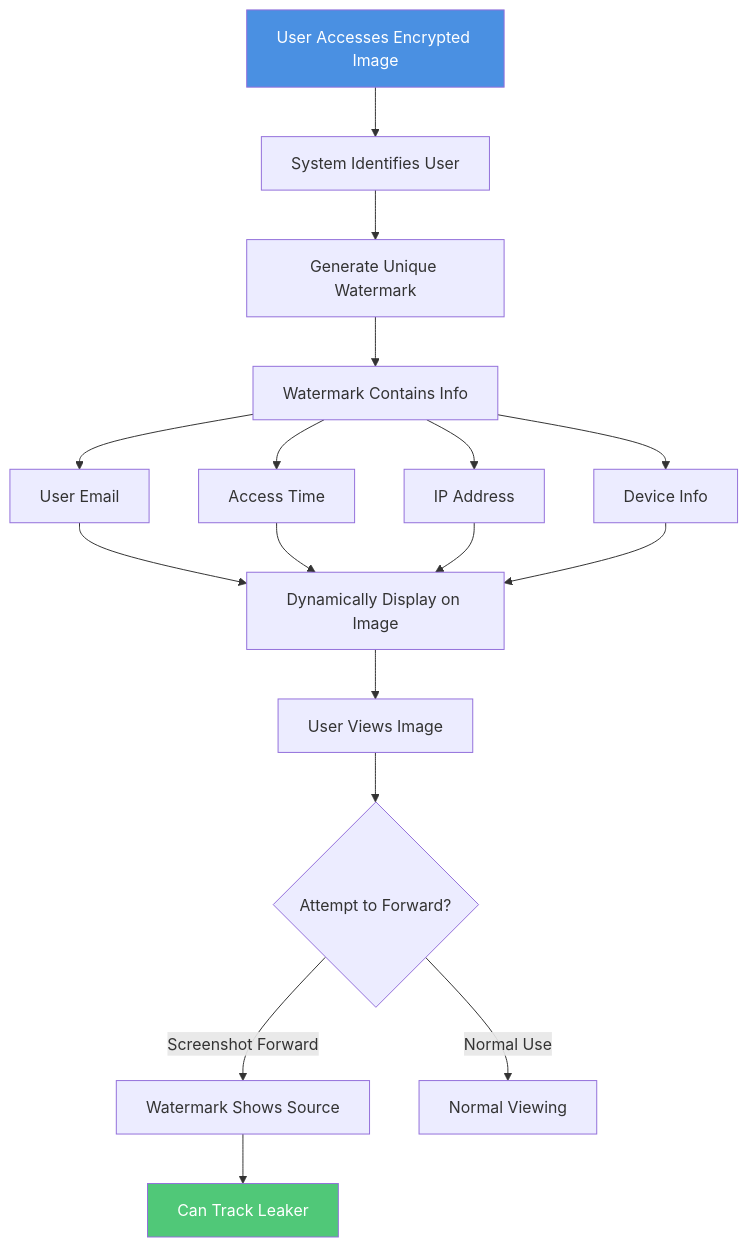
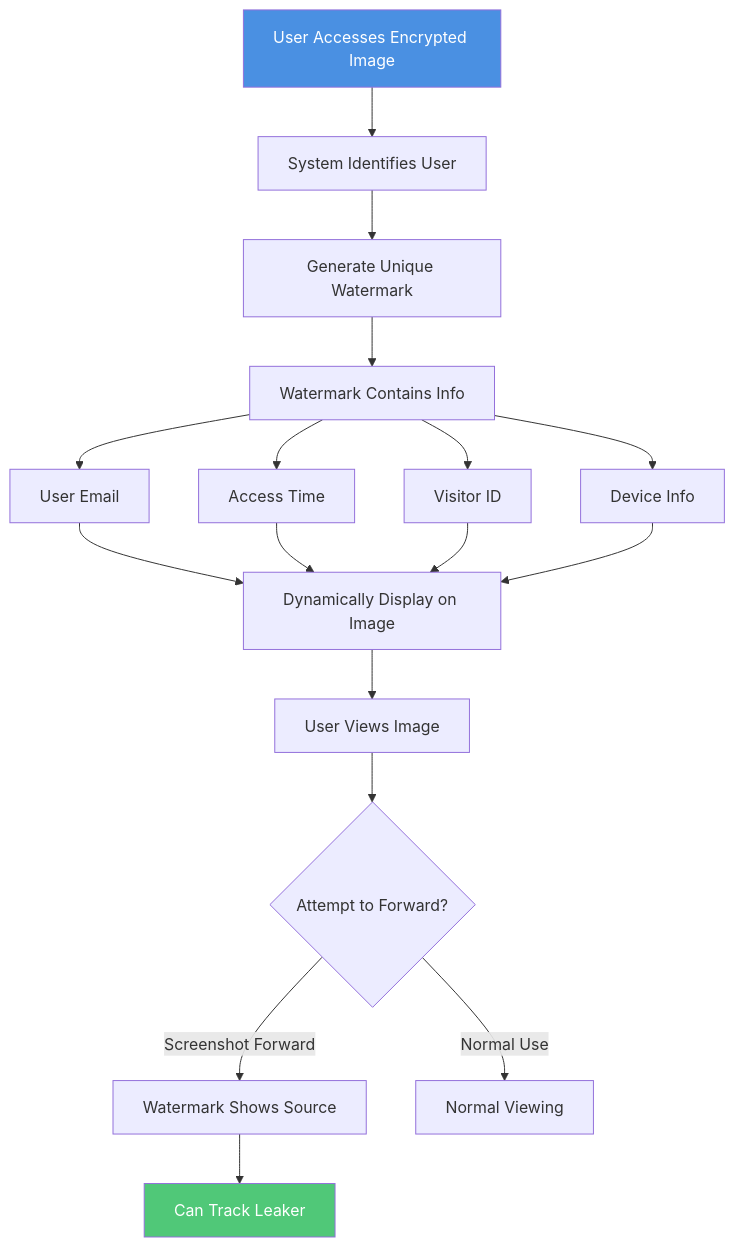
One commit to mythenigma/cloudflareAstro changed the fourth of 6 diagrams in src/content/blog/en/maiimg-encryption-prevent-forwarding-complete-guide.md. Above: the diagram before and after it, drawn with Mermaid. The commit also changed other lines of this file and 353 other files, not shown here.

````diff
--- a/src/content/blog/en/maiimg-encryption-prevent-forwarding-complete-guide.md
+++ b/src/content/blog/en/maiimg-encryption-prevent-forwarding-complete-guide.md
@@ -199,22 +199,22 @@
 ```mermaid
 flowchart TD
     A[User Accesses Encrypted Image] --> B[System Identifies User]
     B --> C[Generate Unique Watermark]
     C --> D[Watermark Contains Info]
     D --> E[User Email]
     D --> F[Access Time]
-    D --> G[IP Address]
+    D --> G[Visitor ID]
     D --> H[Device Info]
     E --> I[Dynamically Display on Image]
     F --> I
     G --> I
     H --> I
     I --> J[User Views Image]
     J --> K{Attempt to Forward?}
     K -->|Screenshot Forward| L[Watermark Shows Source]
     K -->|Normal Use| M[Normal Viewing]
     L --> N[Can Track Leaker]
     
     style A fill:#4A90E2,color:#fff
     style N fill:#50C878,color:#fff
 ```
````
